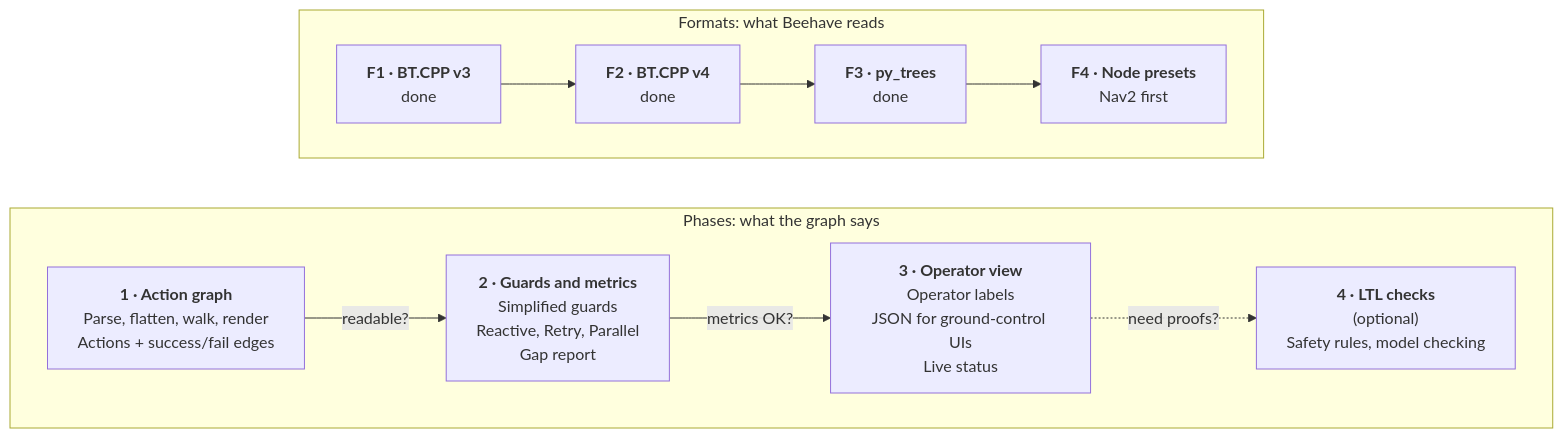
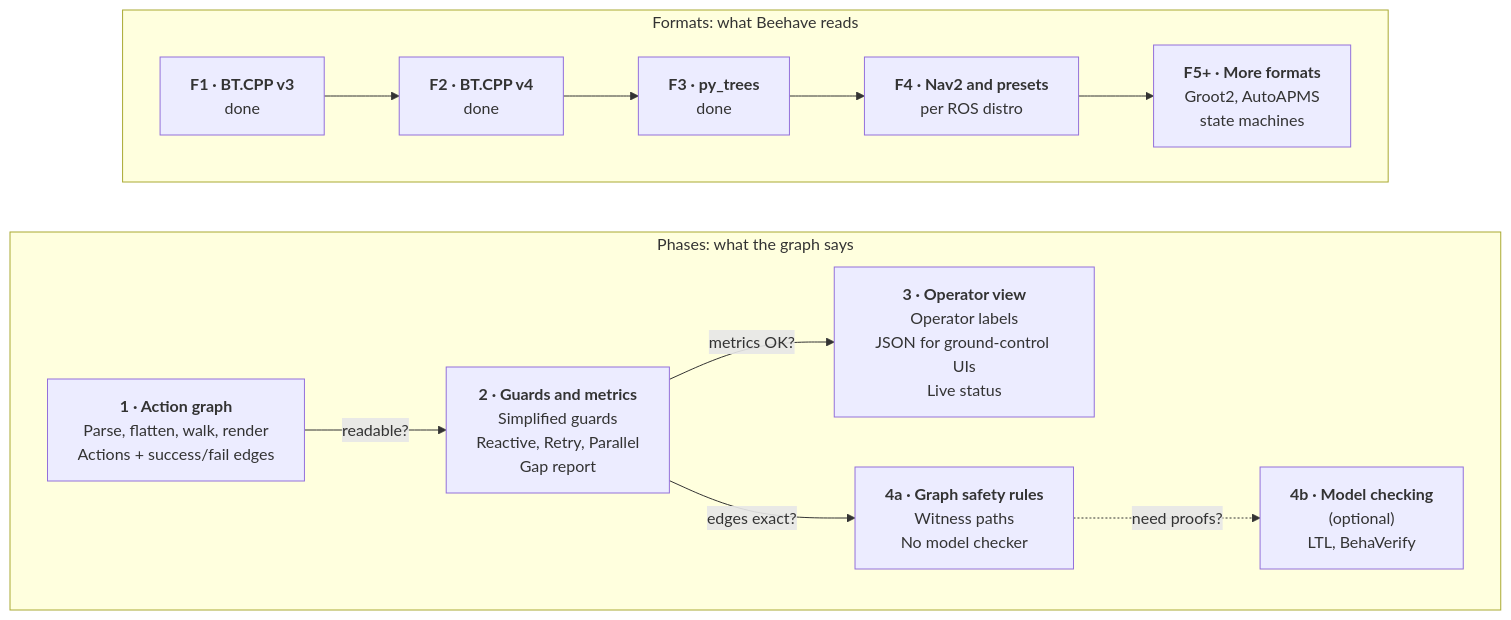
Before and after one commit to guilyx/beehave: the first of 2 diagrams in docs/design/roadmap.md, drawn with Mermaid. The commit also changed other lines of this file and 2 other files, not shown here.

First line of the commit message:
docs(roadmap): six new tracks, milestones and open decisions

````diff
--- a/docs/design/roadmap.md
+++ b/docs/design/roadmap.md
@@ -11,21 +27,24 @@
 ```mermaid
 flowchart LR
     subgraph phases["Phases: what the graph says"]
         direction LR
         p1["<b>1 · Action graph</b><br/>Parse, flatten, walk, render<br/>Actions + success/fail edges"]
         p2["<b>2 · Guards and metrics</b><br/>Simplified guards<br/>Reactive, Retry, Parallel<br/>Gap report"]
         p3["<b>3 · Operator view</b><br/>Operator labels<br/>JSON for ground-control UIs<br/>Live status"]
-        p4["<b>4 · LTL checks</b><br/>(optional)<br/>Safety rules, model checking"]
+        p4a["<b>4a · Graph safety rules</b><br/>Witness paths<br/>No model checker"]
+        p4b["<b>4b · Model checking</b><br/>(optional)<br/>LTL, BehaVerify"]
         p1 -- "readable?" --> p2
         p2 -- "metrics OK?" --> p3
-        p3 -. "need proofs?" .-> p4
+        p2 -- "edges exact?" --> p4a
+        p4a -. "need proofs?" .-> p4b
     end
     subgraph formats["Formats: what Beehave reads"]
         direction LR
         f1["<b>F1 · BT.CPP v3</b><br/>done"]
         f2["<b>F2 · BT.CPP v4</b><br/>done"]
         f3["<b>F3 · py_trees</b><br/>done"]
-        f4["<b>F4 · Node presets</b><br/>Nav2 first"]
-        f1 --> f2 --> f3 --> f4
+        f4["<b>F4 · Nav2 and presets</b><br/>per ROS distro"]
+        f5["<b>F5+ · More formats</b><br/>Groot2, AutoAPMS<br/>state machines"]
+        f1 --> f2 --> f3 --> f4 --> f5
     end
 ```
````
